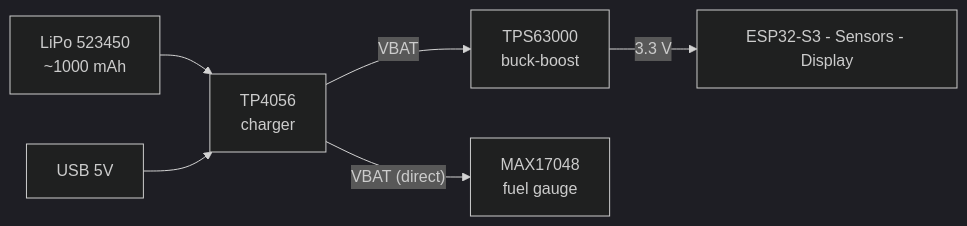
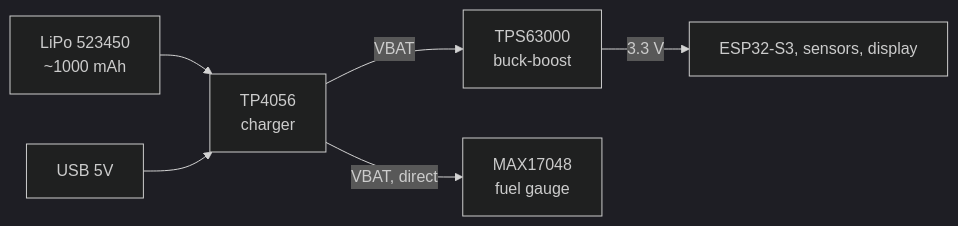
The second of 7 diagrams in readme.md (TheWebDevEhi/health-wearable), drawn with Mermaid (dark theme) before and after one commit. The commit also changed other lines of this file, not shown here.

Commit message:
Updated the repo to correct mermaind diagram erros.

````diff
--- a/readme.md
+++ b/readme.md
@@ -95,8 +95,8 @@
 ```mermaid
 flowchart LR
-    LIPO["LiPo 523450\n~1000 mAh"] --> TP["TP4056\ncharger"]
+    LIPO["LiPo 523450<br/>~1000 mAh"] --> TP["TP4056<br/>charger"]
     USB["USB 5V"] --> TP
-    TP -- "VBAT" --> BUCK["TPS63000\nbuck-boost"]
-    TP -- "VBAT (direct)" --> FUEL["MAX17048\nfuel gauge"]
-    BUCK -- "3.3 V" --> LOAD["ESP32-S3 - Sensors - Display"]
+    TP -->|VBAT| BUCK["TPS63000<br/>buck-boost"]
+    TP -->|VBAT, direct| FUEL["MAX17048<br/>fuel gauge"]
+    BUCK -->|3.3 V| LOAD["ESP32-S3, sensors, display"]
 ```
````
